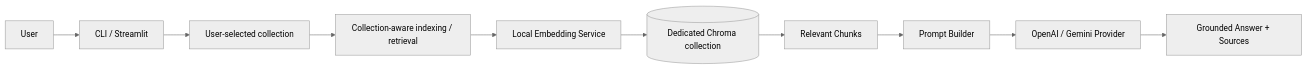
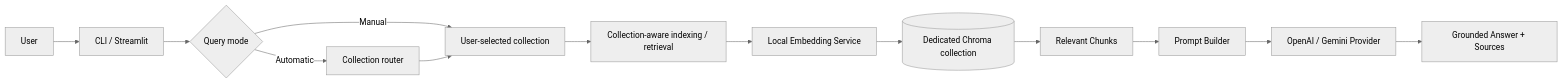
The diagram in README.md (berkin9/MiniRAG-Assistant), drawn with Mermaid (neutral theme) before and after one commit. The commit also changed other lines of this file and 11 other files, not shown here.

Commit message:
added automatic single-collection RAG routing

````diff
--- a/README.md
+++ b/README.md
@@ -29,12 +30,15 @@
 ```mermaid
 flowchart LR
     U[User] --> E[CLI / Streamlit]
-    E --> S[User-selected collection]
+    E --> M{Query mode}
+    M -->|Manual| S[User-selected collection]
+    M -->|Automatic| RT[Collection router]
+    RT --> S
     S --> R[Collection-aware indexing / retrieval]
     R --> EM[Local Embedding Service]
     EM --> C[(Dedicated Chroma collection)]
     C --> RC[Relevant Chunks]
     RC --> P[Prompt Builder]
     P --> L[OpenAI / Gemini Provider]
     L --> A[Grounded Answer + Sources]
 ```
````
